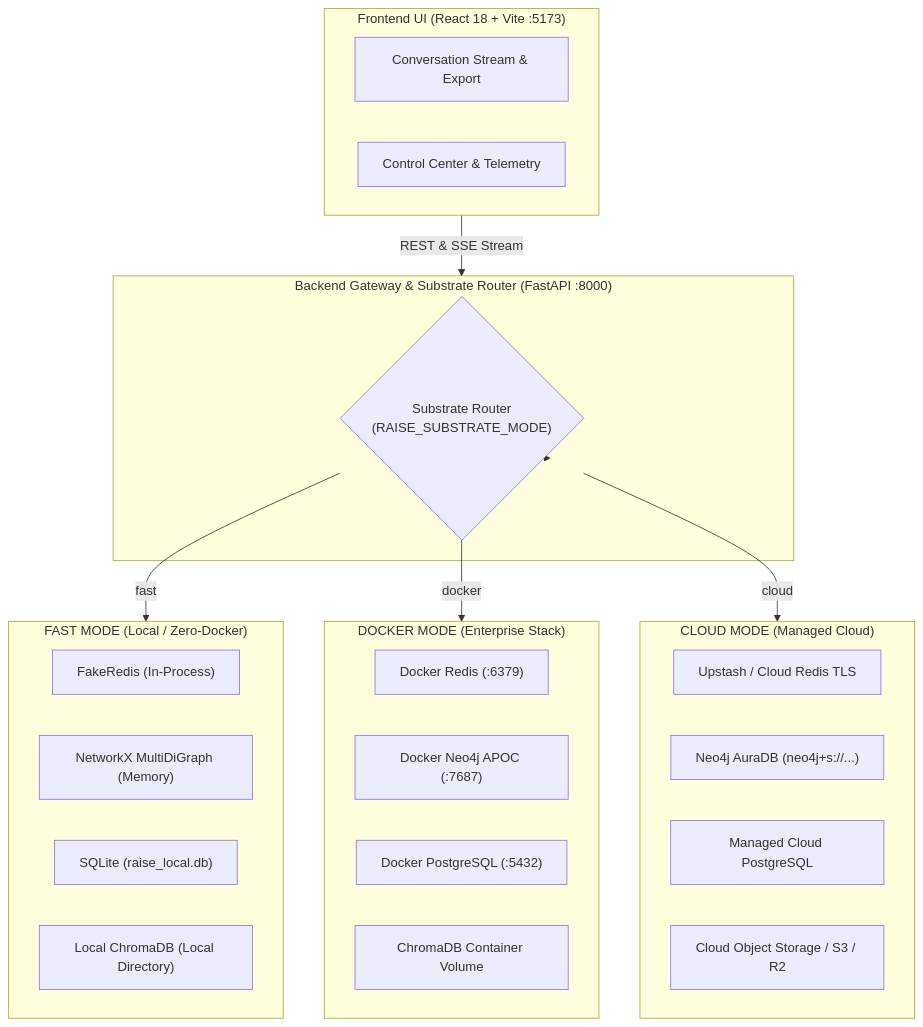
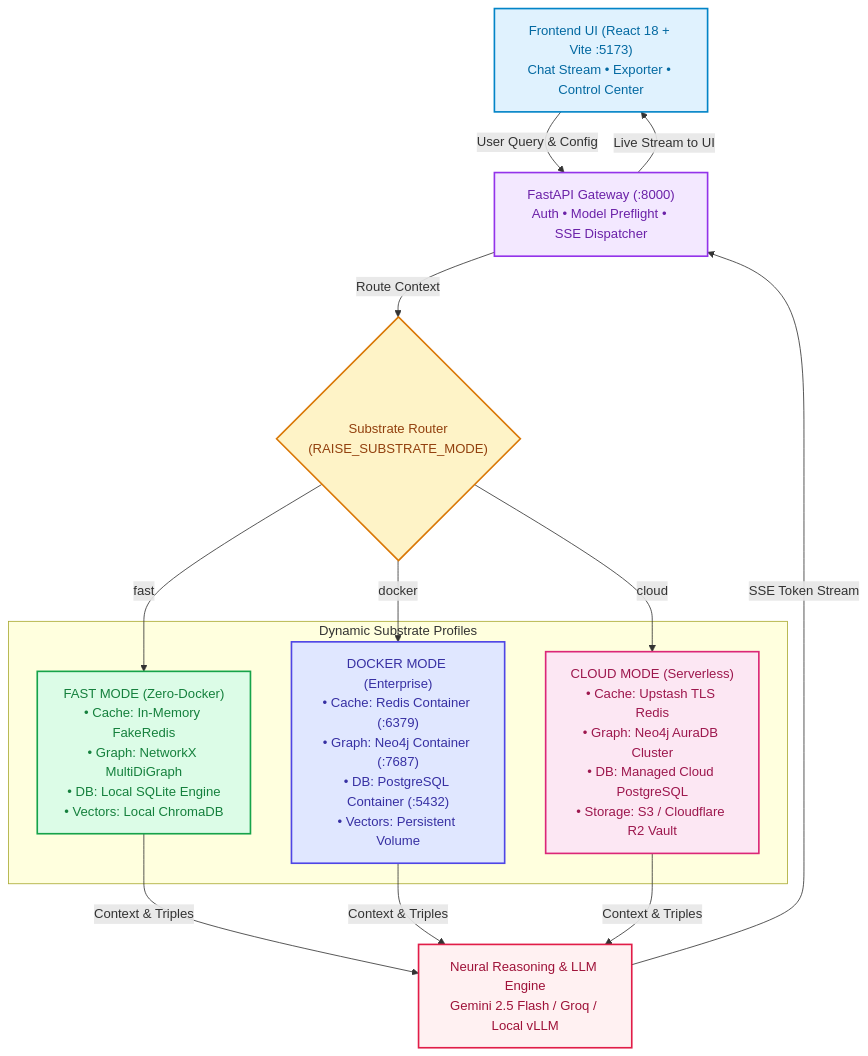
The first of 2 diagrams in updates.md (semanticClimate/RAISE), drawn with Mermaid before and after one commit.

Commit message:
style(updates): redesign architecture diagram with curved lines and compact width

````diff
--- a/updates.md
+++ b/updates.md
@@ -121,39 +121,37 @@
 ```mermaid
+%%{init: {'flowchart': {'curve': 'basis'}}}%%
 flowchart TD
-    subgraph UI["Frontend UI (React 18 + Vite :5173)"]
-        Chat["Conversation Stream & Export"]
-        ControlCenter["Control Center & Telemetry"]
+    classDef client fill:#e0f2fe,stroke:#0284c7,stroke-width:2px,color:#0369a1;
+    classDef gateway fill:#f3e8ff,stroke:#9333ea,stroke-width:2px,color:#6b21a8;
+    classDef router fill:#fef3c7,stroke:#d97706,stroke-width:2px,color:#92400e;
+    classDef fast fill:#dcfce7,stroke:#16a34a,stroke-width:2px,color:#15803d;
+    classDef docker fill:#e0e7ff,stroke:#4f46e5,stroke-width:2px,color:#3730a3;
+    classDef cloud fill:#fce7f3,stroke:#db2777,stroke-width:2px,color:#9d174d;
+    classDef llm fill:#fff1f2,stroke:#e11d48,stroke-width:2px,color:#9f1239;
+
+    UI["Frontend UI (React 18 + Vite :5173)<br/>Chat Stream • Exporter • Control Center"]:::client
+    Gateway["FastAPI Gateway (:8000)<br/>Auth • Model Preflight • SSE Dispatcher"]:::gateway
+    Router{"Substrate Router<br/>(RAISE_SUBSTRATE_MODE)"}:::router
+
+    UI -->|"User Query & Config"| Gateway
+    Gateway -->|"Route Context"| Router
+
+    subgraph Substrates["Dynamic Substrate Profiles"]
+        Fast["FAST MODE (Zero-Docker)<br/>• Cache: In-Memory FakeRedis<br/>• Graph: NetworkX MultiDiGraph<br/>• DB: Local SQLite Engine<br/>• Vectors: Local ChromaDB"]:::fast
+        Docker["DOCKER MODE (Enterprise)<br/>• Cache: Redis Container (:6379)<br/>• Graph: Neo4j Container (:7687)<br/>• DB: PostgreSQL Container (:5432)<br/>• Vectors: Persistent Volume"]:::docker
+        Cloud["CLOUD MODE (Serverless)<br/>• Cache: Upstash TLS Redis<br/>• Graph: Neo4j AuraDB Cluster<br/>• DB: Managed Cloud PostgreSQL<br/>• Storage: S3 / Cloudflare R2 Vault"]:::cloud
     end
 
-    subgraph Router["Backend Gateway & Substrate Router (FastAPI :8000)"]
-        SubstrateRouter{"Substrate Router<br/>(RAISE_SUBSTRATE_MODE)"}
-    end
+    Router -->|"fast"| Fast
+    Router -->|"docker"| Docker
+    Router -->|"cloud"| Cloud
 
-    subgraph FastStack["FAST MODE (Local / Zero-Docker)"]
-        F_Cache["FakeRedis (In-Process)"]
-        F_Graph["NetworkX MultiDiGraph (Memory)"]
-        F_DB["SQLite (raise_local.db)"]
-        F_Vec["Local ChromaDB (Local Directory)"]
-    end
+    LLM["Neural Reasoning & LLM Engine<br/>Gemini 2.5 Flash / Groq / Local vLLM"]:::llm
 
-    subgraph DockerStack["DOCKER MODE (Enterprise Stack)"]
-        D_Cache["Docker Redis (:6379)"]
-        D_Graph["Docker Neo4j APOC (:7687)"]
-        D_DB["Docker PostgreSQL (:5432)"]
-        D_Vec["ChromaDB Container Volume"]
-    end
+    Fast -->|"Context & Triples"| LLM
+    Docker -->|"Context & Triples"| LLM
+    Cloud -->|"Context & Triples"| LLM
 
-    subgraph CloudStack["CLOUD MODE (Managed Cloud)"]
-        C_Cache["Upstash / Cloud Redis TLS"]
-        C_Graph["Neo4j AuraDB (neo4j+s://...)"]
-        C_DB["Managed Cloud PostgreSQL"]
-        C_Vec["Cloud Object Storage / S3 / R2"]
-    end
-
-    UI -->|REST & SSE Stream| Router
-    Router --> SubstrateRouter
-
-    SubstrateRouter -->|"fast"| FastStack
-    SubstrateRouter -->|"docker"| DockerStack
-    SubstrateRouter -->|"cloud"| CloudStack
+    LLM -->|"SSE Token Stream"| Gateway
+    Gateway -->|"Live Stream to UI"| UI
 ```
````
